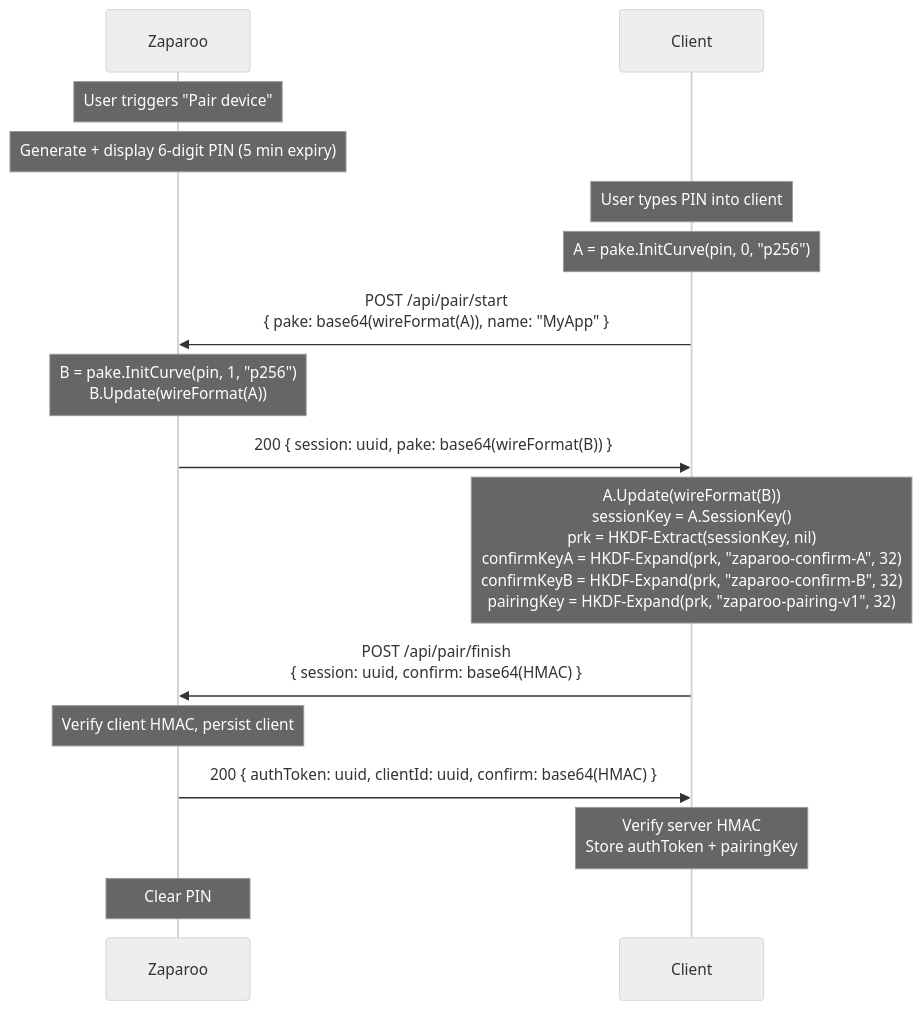
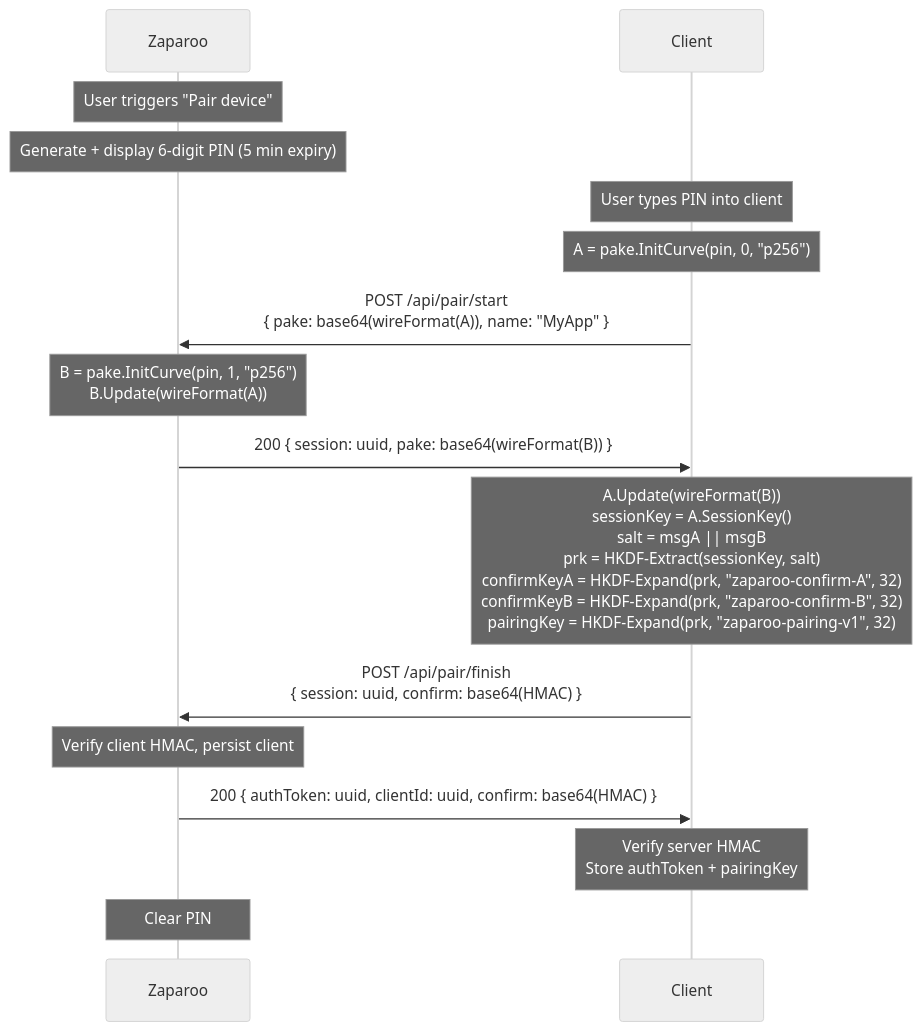
Before and after one commit to ZaparooProject/zaparoo-core: the diagram in docs/api/encryption.md, drawn with Mermaid (neutral theme). The commit also changed other lines of this file and 6 other files, not shown here.

First line of the commit message:
fix(api): add HKDF transcript salt and fix API doc inaccuracies (#676)

````diff
--- a/docs/api/encryption.md
+++ b/docs/api/encryption.md
@@ -25,24 +25,24 @@
 ```mermaid
 sequenceDiagram
     participant Z as Zaparoo
     participant C as Client
 
     Note over Z: User triggers "Pair device"
     Note over Z: Generate + display 6-digit PIN (5 min expiry)
 
     Note over C: User types PIN into client
     Note over C: A = pake.InitCurve(pin, 0, "p256")
 
     C->>Z: POST /api/pair/start<br/>{ pake: base64(wireFormat(A)), name: "MyApp" }
     Note over Z: B = pake.InitCurve(pin, 1, "p256")<br/>B.Update(wireFormat(A))
     Z->>C: 200 { session: uuid, pake: base64(wireFormat(B)) }
 
-    Note over C: A.Update(wireFormat(B))<br/>sessionKey = A.SessionKey()<br/>prk = HKDF-Extract(sessionKey, nil)<br/>confirmKeyA = HKDF-Expand(prk, "zaparoo-confirm-A", 32)<br/>confirmKeyB = HKDF-Expand(prk, "zaparoo-confirm-B", 32)<br/>pairingKey = HKDF-Expand(prk, "zaparoo-pairing-v1", 32)
+    Note over C: A.Update(wireFormat(B))<br/>sessionKey = A.SessionKey()<br/>salt = msgA || msgB<br/>prk = HKDF-Extract(sessionKey, salt)<br/>confirmKeyA = HKDF-Expand(prk, "zaparoo-confirm-A", 32)<br/>confirmKeyB = HKDF-Expand(prk, "zaparoo-confirm-B", 32)<br/>pairingKey = HKDF-Expand(prk, "zaparoo-pairing-v1", 32)
 
     C->>Z: POST /api/pair/finish<br/>{ session: uuid, confirm: base64(HMAC) }
     Note over Z: Verify client HMAC, persist client
     Z->>C: 200 { authToken: uuid, clientId: uuid, confirm: base64(HMAC) }
 
     Note over C: Verify server HMAC<br/>Store authToken + pairingKey
     Note over Z: Clear PIN
 ```
````
